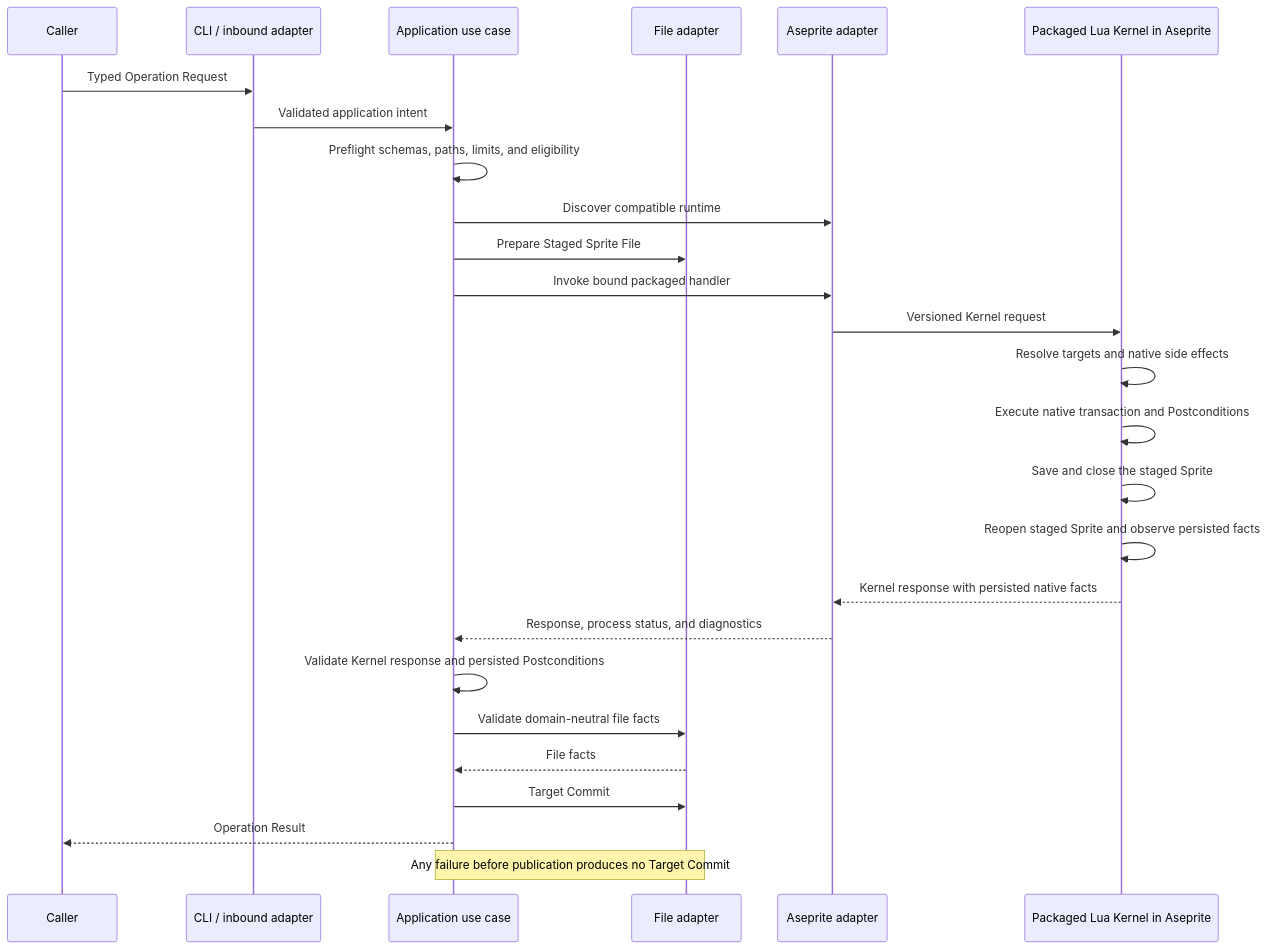
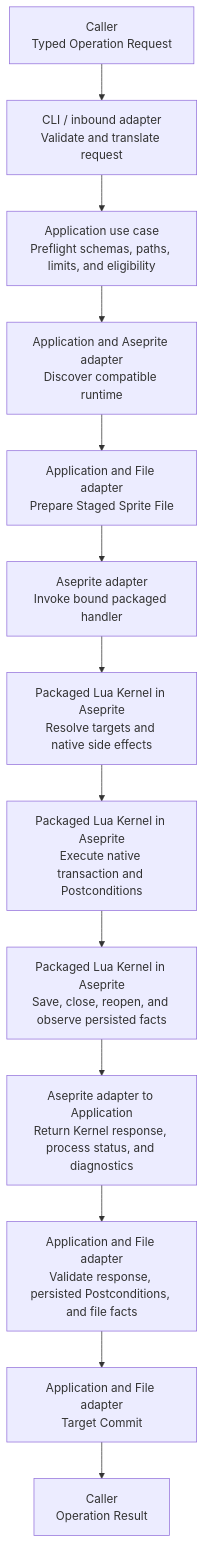
Before and after one commit to aigengame/aseprite-automation: the fifth of 6 diagrams in ARCHITECTURE.md, drawn with Mermaid. The commit also changed other lines of this file, not shown here.

Commit message:
docs(architecture): use vertical diagram layouts

````diff
--- a/ARCHITECTURE.md
+++ b/ARCHITECTURE.md
@@ -456,30 +471,29 @@
 ```mermaid
-sequenceDiagram
-    participant Caller
-    participant CLI as CLI / inbound adapter
-    participant App as Application use case
-    participant Files as File adapter
-    participant Runtime as Aseprite adapter
-    participant Kernel as Packaged Lua Kernel in Aseprite
+flowchart TB
+    Request["Caller<br/>Typed Operation Request"]
+    Inbound["CLI / inbound adapter<br/>Validate and translate request"]
+    Preflight["Application use case<br/>Preflight schemas, paths, limits, and eligibility"]
+    Discover["Application and Aseprite adapter<br/>Discover compatible runtime"]
+    Stage["Application and File adapter<br/>Prepare Staged Sprite File"]
+    Invoke["Aseprite adapter<br/>Invoke bound packaged handler"]
+    Resolve["Packaged Lua Kernel in Aseprite<br/>Resolve targets and native side effects"]
+    Execute["Packaged Lua Kernel in Aseprite<br/>Execute native transaction and Postconditions"]
+    Persist["Packaged Lua Kernel in Aseprite<br/>Save, close, reopen, and observe persisted facts"]
+    Evidence["Aseprite adapter to Application<br/>Return Kernel response, process status, and diagnostics"]
+    Verify["Application and File adapter<br/>Validate response, persisted Postconditions, and file facts"]
+    Commit["Application and File adapter<br/>Target Commit"]
+    Result["Caller<br/>Operation Result"]
 
-    Caller->>CLI: Typed Operation Request
-    CLI->>App: Validated application intent
-    App->>App: Preflight schemas, paths, limits, and eligibility
-    App->>Runtime: Discover compatible runtime
-    App->>Files: Prepare Staged Sprite File
-    App->>Runtime: Invoke bound packaged handler
-    Runtime->>Kernel: Versioned Kernel request
-    Kernel->>Kernel: Resolve targets and native side effects
-    Kernel->>Kernel: Execute native transaction and Postconditions
-    Kernel->>Kernel: Save and close the staged Sprite
-    Kernel->>Kernel: Reopen staged Sprite and observe persisted facts
-    Kernel-->>Runtime: Kernel response with persisted native facts
-    Runtime-->>App: Response, process status, and diagnostics
-    App->>App: Validate Kernel response and persisted Postconditions
-    App->>Files: Validate domain-neutral file facts
-    Files-->>App: File facts
-    App->>Files: Target Commit
-    App-->>Caller: Operation Result
-
-    Note over App,Files: Any failure before publication produces no Target Commit
+    Request --> Inbound
+    Inbound --> Preflight
+    Preflight --> Discover
+    Discover --> Stage
+    Stage --> Invoke
+    Invoke --> Resolve
+    Resolve --> Execute
+    Execute --> Persist
+    Persist --> Evidence
+    Evidence --> Verify
+    Verify --> Commit
+    Commit --> Result
 ```
````
